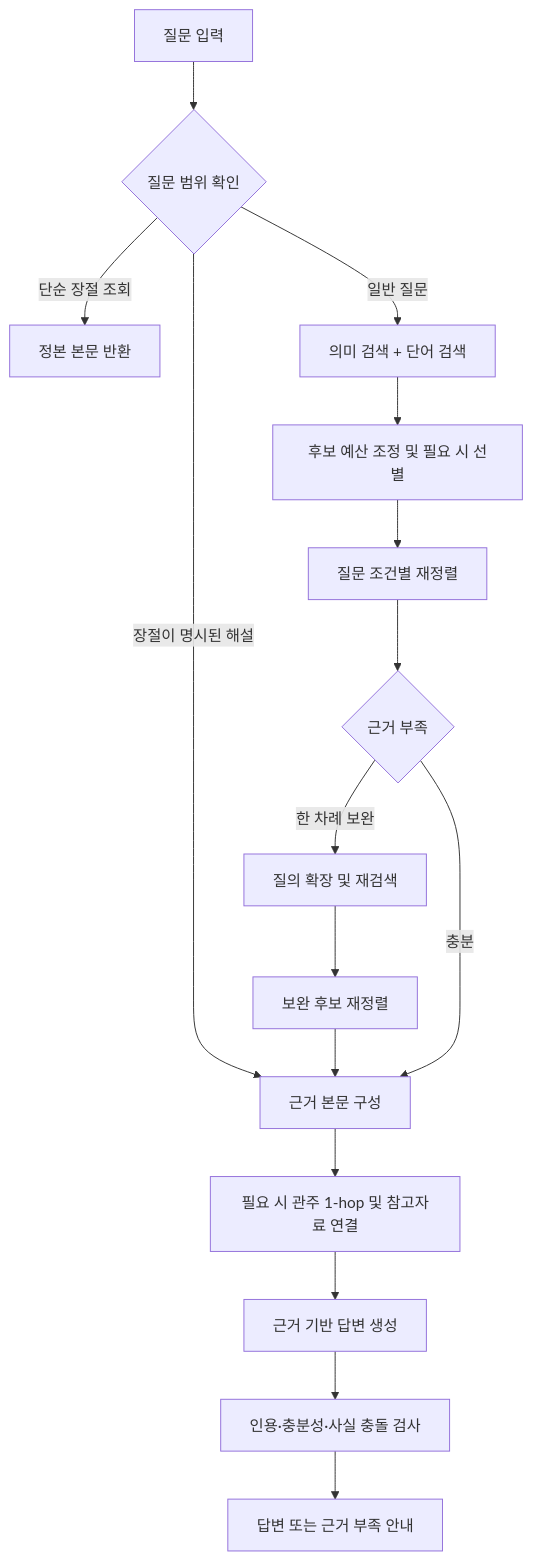
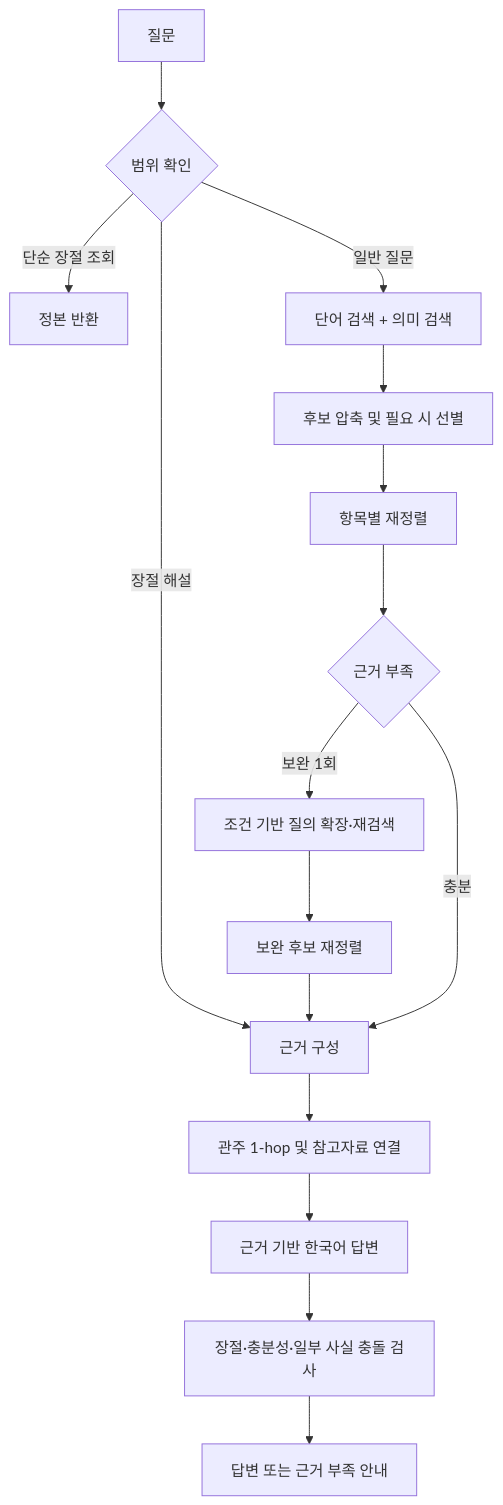
The diagram in README.md (IngKKo1164/BibleOn_RAG), drawn with Mermaid before and after one commit. The commit also changed other lines of this file and 78 other files, not shown here.

````diff
--- a/README.md
+++ b/README.md
@@ -7,18 +7,18 @@
 ```mermaid
 flowchart TD
-    Q[질문 입력] --> R{질문 범위 확인}
-    R -->|단순 장절 조회| T[정본 본문 반환]
-    R -->|장절이 명시된 해설| E[근거 본문 구성]
-    R -->|일반 질문| S[의미 검색 + 단어 검색]
-    S --> B[후보 예산 조정 및 필요 시 선별]
-    B --> K[질문 조건별 재정렬]
+    Q[질문] --> R{범위 확인}
+    R -->|단순 장절 조회| T[정본 반환]
+    R -->|장절 해설| E[근거 구성]
+    R -->|일반 질문| S[단어 검색 + 의미 검색]
+    S --> B[후보 압축 및 필요 시 선별]
+    B --> K[항목별 재정렬]
     K --> C{근거 부족}
-    C -->|한 차례 보완| X[질의 확장 및 재검색]
+    C -->|보완 1회| X[조건 기반 질의 확장·재검색]
     X --> K2[보완 후보 재정렬]
     K2 --> E
     C -->|충분| E
-    E --> H[필요 시 관주 1-hop 및 참고자료 연결]
-    H --> G[근거 기반 답변 생성]
-    G --> V[인용·충분성·사실 충돌 검사]
+    E --> H[관주 1-hop 및 참고자료 연결]
+    H --> G[근거 기반 한국어 답변]
+    G --> V[장절·충분성·일부 사실 충돌 검사]
     V --> O[답변 또는 근거 부족 안내]
 ```
````
